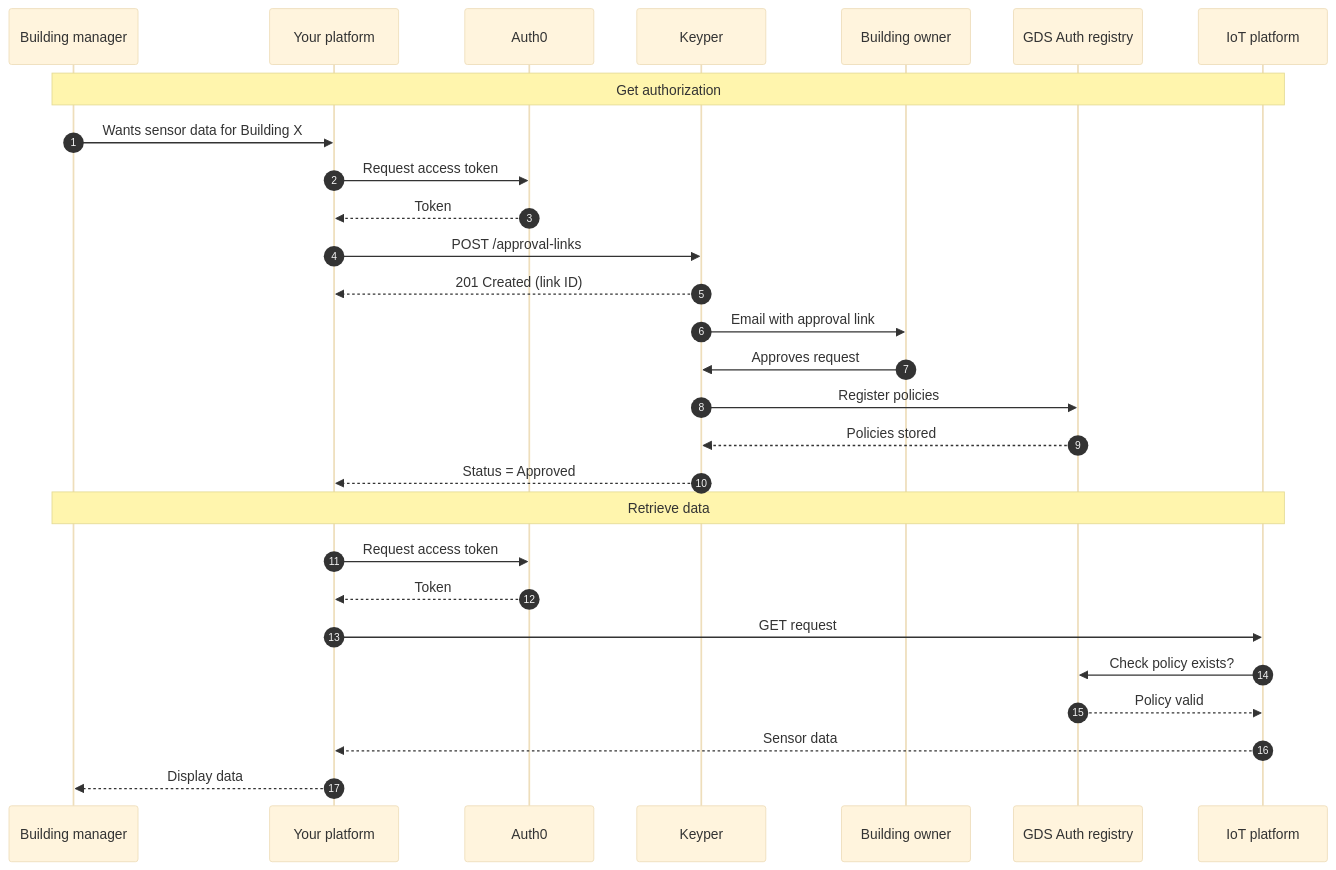
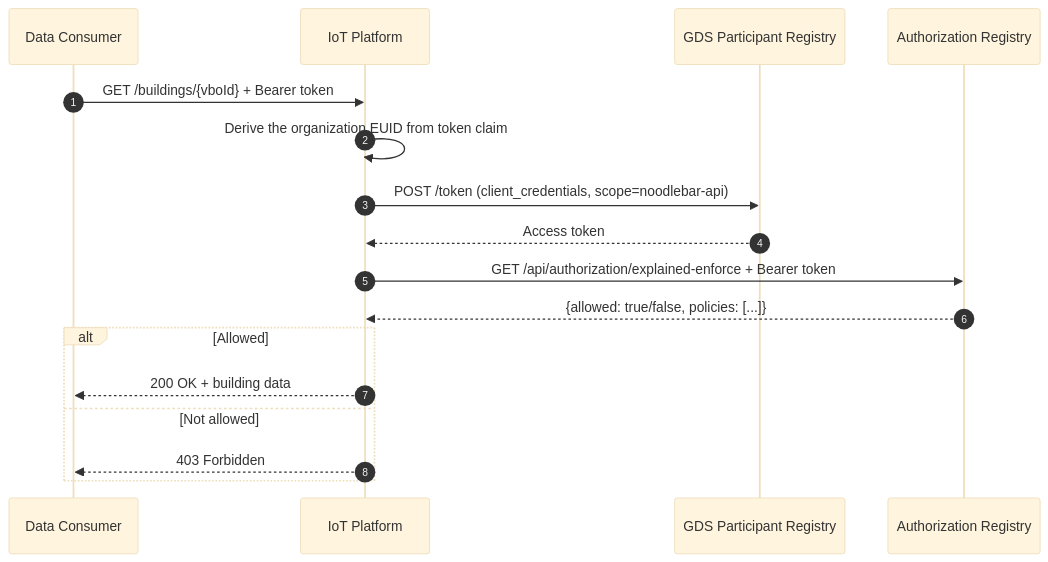
Before and after one commit to POORT8/Poort8.Docs: the second of 2 diagrams in gds/architecture.md, drawn with Mermaid (base theme). The commit also changed other lines of this file and 11 other files, not shown here.

````diff
--- a/gds/architecture.md
+++ b/gds/architecture.md
@@ -162,32 +140,20 @@
 ```mermaid
 sequenceDiagram
     autonumber
-    participant BM as Building manager
-    participant Platform as Your platform
-    participant Auth as Auth0
-    participant Keyper as Keyper
-    participant Owner as Building owner
-    participant GDS as GDS Auth registry
-    participant IoT as IoT platform
+    participant David as Data Consumer
+    participant Charlie as IoT Platform
+    participant KC as GDS Participant Registry
+    participant AR as Authorization Registry
 
-    Note over BM,IoT: Get authorization
-    BM->>Platform: Wants sensor data for Building X
-    Platform->>Auth: Request access token
-    Auth-->>Platform: Token
-    Platform->>Keyper: POST /approval-links
-    Keyper-->>Platform: 201 Created (link ID)
-    Keyper->>Owner: Email with approval link
-    Owner->>Keyper: Approves request
-    Keyper->>GDS: Register policies
-    GDS-->>Keyper: Policies stored
-    Keyper-->>Platform: Status = Approved
-
-    Note over BM,IoT: Retrieve data
-    Platform->>Auth: Request access token
-    Auth-->>Platform: Token
-    Platform->>IoT: GET request
-    IoT->>GDS: Check policy exists?
-    GDS-->>IoT: Policy valid
-    IoT-->>Platform: Sensor data
-    Platform-->>BM: Display data
+    David->>Charlie: GET /buildings/{vboId} + Bearer token
+    Charlie->>Charlie: Derive the organization EUID from token claim
+    Charlie->>KC: POST /token (client_credentials, scope=noodlebar-api)
+    KC-->>Charlie: Access token
+    Charlie->>AR: GET /api/authorization/explained-enforce + Bearer token
+    AR-->>Charlie: {allowed: true/false, policies: [...]}
+    alt Allowed
+        Charlie-->>David: 200 OK + building data
+    else Not allowed
+        Charlie-->>David: 403 Forbidden
+    end
 ```
````
